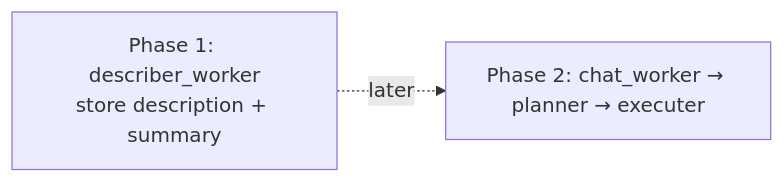
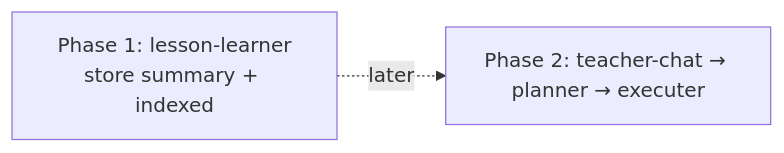
The first of 7 diagrams in docs/architecture/02-media-describer-flow.md (BasselSallam2/teacher-mock), drawn with Mermaid before and after one commit. The commit also changed other lines of this file and 10 other files, not shown here.

Commit message:
Enhance README and add system overview documentation; update media handling and lesson planning architecture. Introduce nested media folders and clarify production stack details.

````diff
--- a/docs/architecture/02-media-describer-flow.md
+++ b/docs/architecture/02-media-describer-flow.md
@@ -18,4 +21,4 @@
 ```mermaid
 flowchart LR
-  Phase1["Phase 1: describer_worker\nstore description + summary"] -.->|"later"| Phase2["Phase 2: chat_worker → planner → executer"]
+  Phase1["Phase 1: lesson-learner\nstore summary + indexed"] -.->|"later"| Phase2["Phase 2: teacher-chat → planner → executer"]
 ```
````
